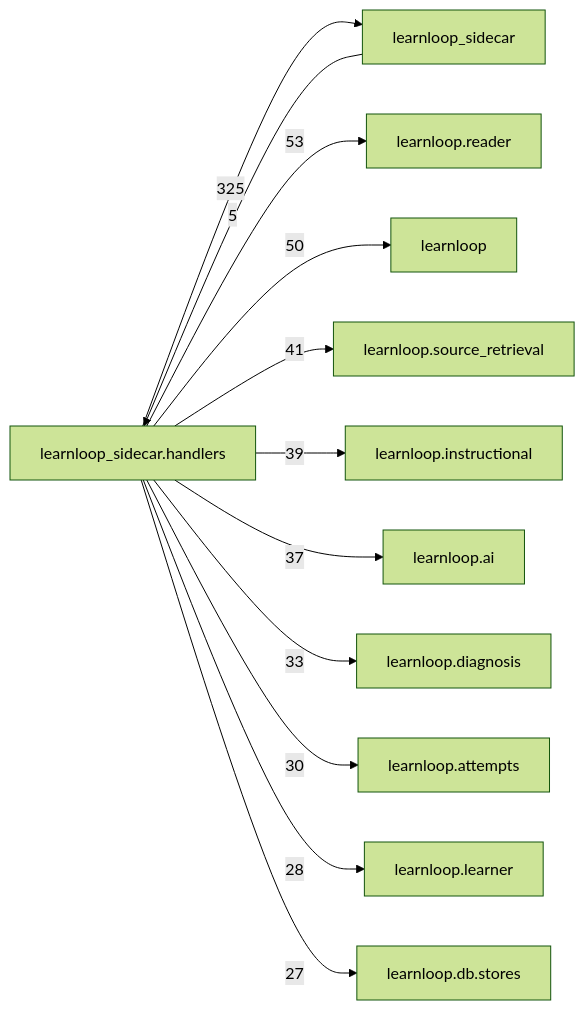
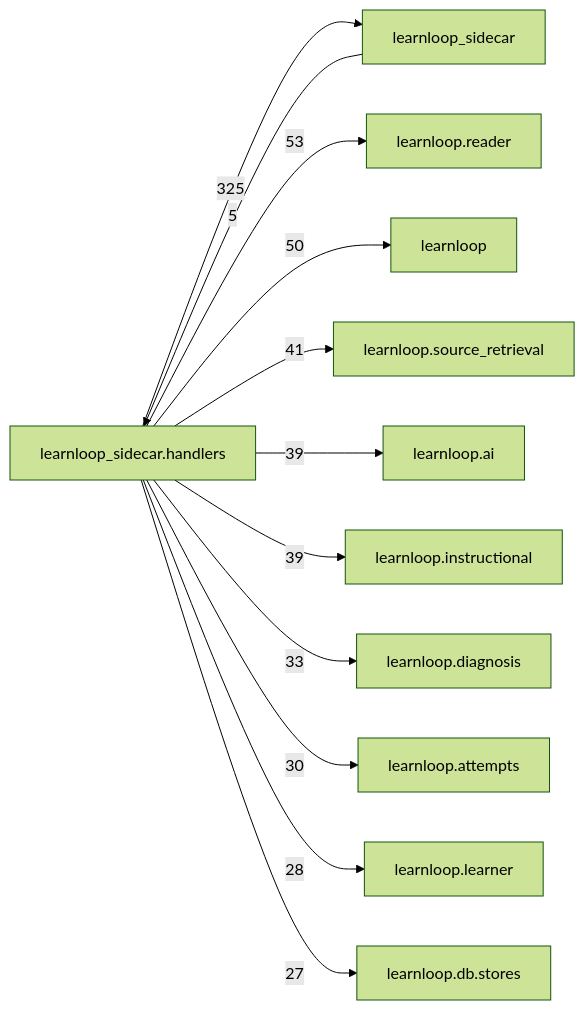
Before and after one commit to 6up-b/learnanything: the diagram in docs/learnloop-architecture-vault/Reference/Modules/learnloop_sidecar/handlers/_package.md, drawn with Mermaid (forest theme). The commit also changed other lines of this file and 85 other files, not shown here.

````diff
--- a/docs/learnloop-architecture-vault/Reference/Modules/learnloop_sidecar/handlers/_package.md
+++ b/docs/learnloop-architecture-vault/Reference/Modules/learnloop_sidecar/handlers/_package.md
@@ -260,25 +260,25 @@
 ```mermaid
 flowchart LR
     center["learnloop_sidecar.handlers"]
     n_learnloop_sidecar["learnloop_sidecar"]
     n_learnloop_reader["learnloop.reader"]
     n_learnloop["learnloop"]
     n_learnloop_source_retrieval["learnloop.source_retrieval"]
+    n_learnloop_ai["learnloop.ai"]
     n_learnloop_instructional["learnloop.instructional"]
-    n_learnloop_ai["learnloop.ai"]
     n_learnloop_diagnosis["learnloop.diagnosis"]
     n_learnloop_attempts["learnloop.attempts"]
     n_learnloop_learner["learnloop.learner"]
     n_learnloop_db_stores["learnloop.db.stores"]
     n_learnloop_sidecar -->|5| center
     center -->|325| n_learnloop_sidecar
     center -->|53| n_learnloop_reader
     center -->|50| n_learnloop
     center -->|41| n_learnloop_source_retrieval
+    center -->|39| n_learnloop_ai
     center -->|39| n_learnloop_instructional
-    center -->|37| n_learnloop_ai
     center -->|33| n_learnloop_diagnosis
     center -->|30| n_learnloop_attempts
     center -->|28| n_learnloop_learner
     center -->|27| n_learnloop_db_stores
 ```
````
